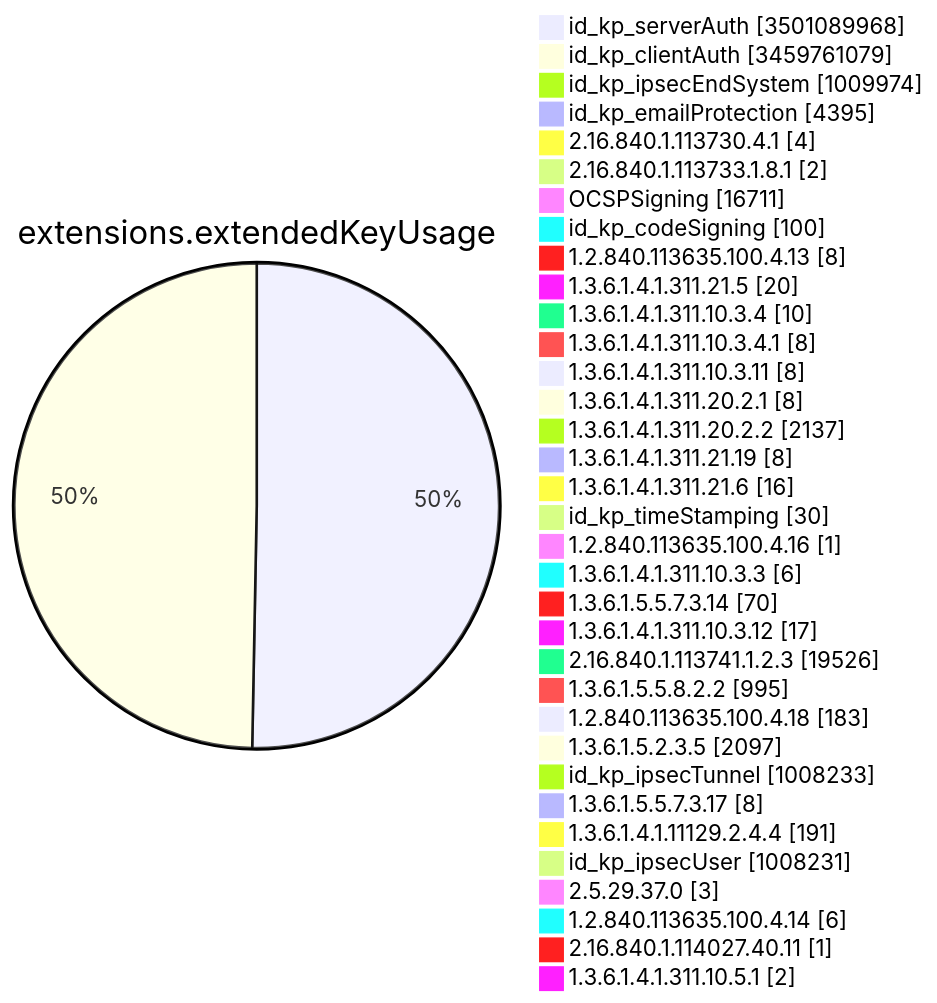
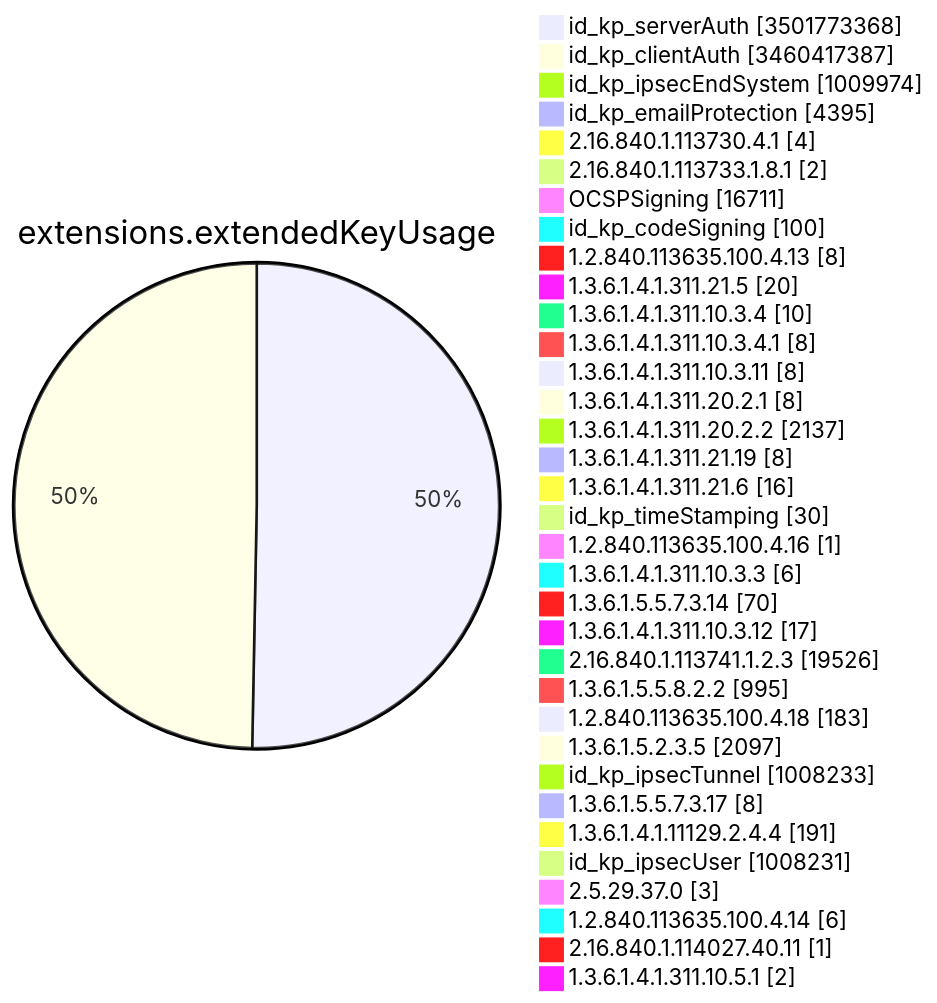
One commit to christiankrug/ctmonitor_visualization changed diagram 11 of 15 in TOTAL/README.md. Above: the diagram before and after it, drawn with Mermaid. The commit also changed other lines of this file, not shown here.

````diff
--- a/TOTAL/README.md
+++ b/TOTAL/README.md
@@ -4126,38 +4126,38 @@
 ```mermaid
 pie showData
 title extensions.extendedKeyUsage
-"id_kp_serverAuth" :3501089968
-"id_kp_clientAuth" :3459761079
+"id_kp_serverAuth" :3501773368
+"id_kp_clientAuth" :3460417387
 "id_kp_ipsecEndSystem" :1009974
 "id_kp_emailProtection" :4395
 "2.16.840.1.113730.4.1" :4
 "2.16.840.1.113733.1.8.1" :2
 "OCSPSigning" :16711
 "id_kp_codeSigning" :100
 "1.2.840.113635.100.4.13" :8
 "1.3.6.1.4.1.311.21.5" :20
 "1.3.6.1.4.1.311.10.3.4" :10
 "1.3.6.1.4.1.311.10.3.4.1" :8
 "1.3.6.1.4.1.311.10.3.11" :8
 "1.3.6.1.4.1.311.20.2.1" :8
 "1.3.6.1.4.1.311.20.2.2" :2137
 "1.3.6.1.4.1.311.21.19" :8
 "1.3.6.1.4.1.311.21.6" :16
 "id_kp_timeStamping" :30
 "1.2.840.113635.100.4.16" :1
 "1.3.6.1.4.1.311.10.3.3" :6
 "1.3.6.1.5.5.7.3.14" :70
 "1.3.6.1.4.1.311.10.3.12" :17
 "2.16.840.1.113741.1.2.3" :19526
 "1.3.6.1.5.5.8.2.2" :995
 "1.2.840.113635.100.4.18" :183
 "1.3.6.1.5.2.3.5" :2097
 "id_kp_ipsecTunnel" :1008233
 "1.3.6.1.5.5.7.3.17" :8
 "1.3.6.1.4.1.11129.2.4.4" :191
 "id_kp_ipsecUser" :1008231
 "2.5.29.37.0" :3
 "1.2.840.113635.100.4.14" :6
 "2.16.840.1.114027.40.11" :1
 "1.3.6.1.4.1.311.10.5.1" :2
 ```
````
